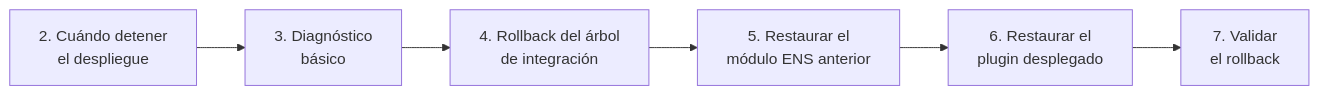
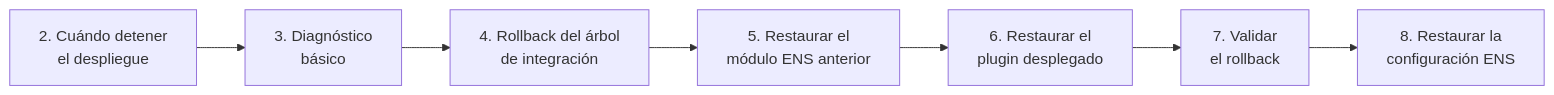
One commit to arseniteio/power-ens changed the diagram in docs/deployment/04-troubleshooting-and-rollback.md. Above: the diagram before and after it, drawn with Mermaid. The commit also changed other lines of this file and 7 other files, not shown here.

````diff
--- a/docs/deployment/04-troubleshooting-and-rollback.md
+++ b/docs/deployment/04-troubleshooting-and-rollback.md
@@ -13,8 +13,9 @@
 ```mermaid
 flowchart LR
   A["2. Cuándo detener<br/>el despliegue"] --> B["3. Diagnóstico<br/>básico"]
   B --> C["4. Rollback del árbol<br/>de integración"]
   C --> D["5. Restaurar el<br/>módulo ENS anterior"]
   D --> E["6. Restaurar el<br/>plugin desplegado"]
   E --> F["7. Validar<br/>el rollback"]
+  F --> G["8. Restaurar la<br/>configuración ENS"]
 ```
````
